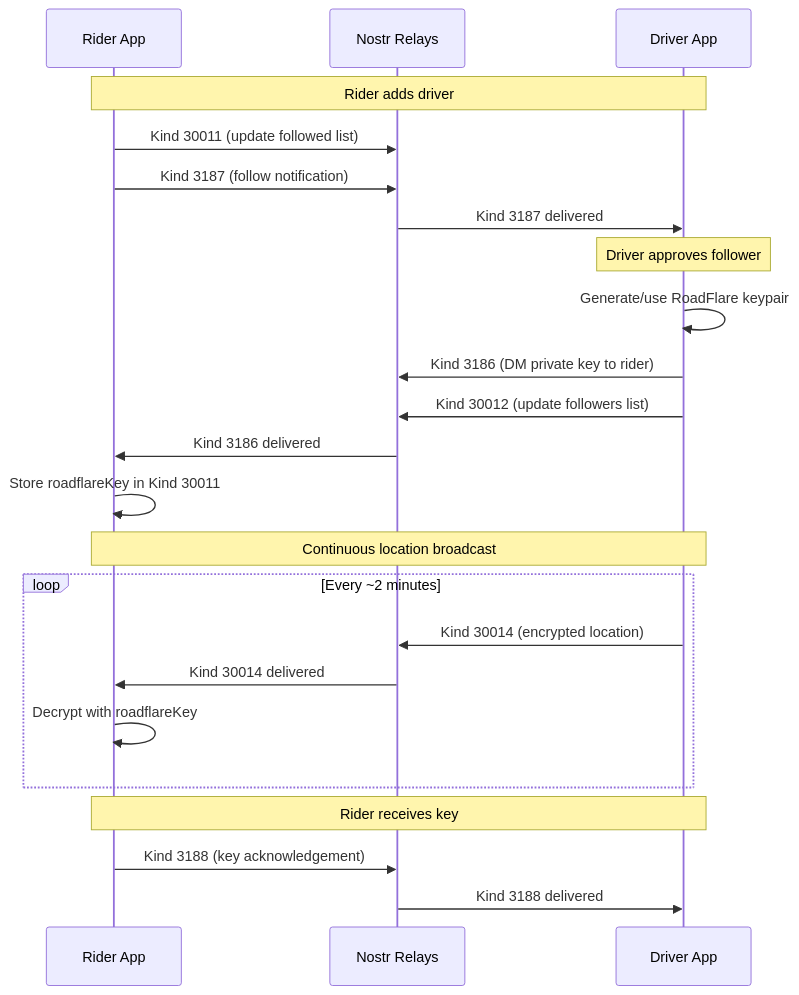
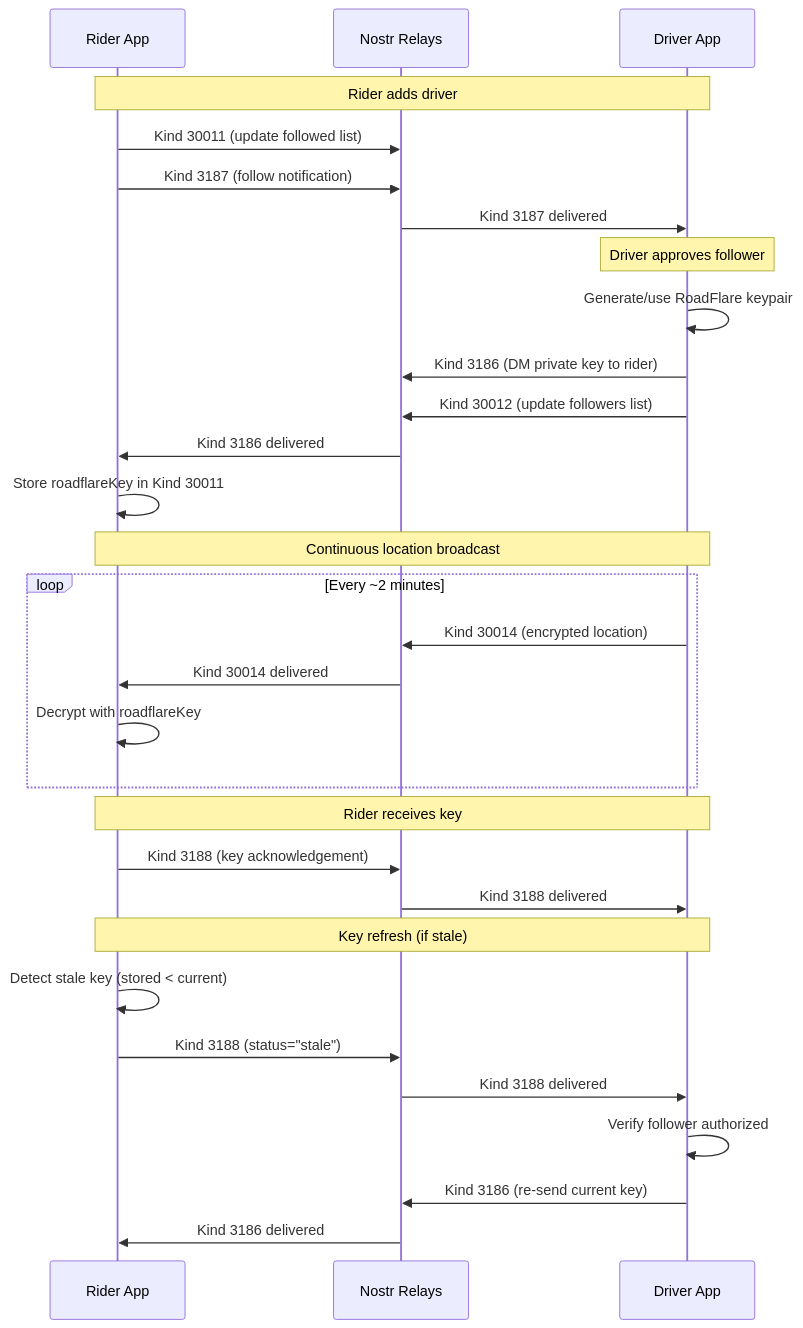
Before and after one commit to variablefate/ridestr: the seventh of 7 diagrams in docs/CONNECTIONS.md, drawn with Mermaid. The commit also changed other lines of this file and 6 other files, not shown here.

````diff
--- a/docs/CONNECTIONS.md
+++ b/docs/CONNECTIONS.md
@@ -602,30 +602,38 @@
 ```mermaid
 sequenceDiagram
     participant R as Rider App
     participant N as Nostr Relays
     participant D as Driver App
 
     Note over R,D: Rider adds driver
     R->>N: Kind 30011 (update followed list)
     R->>N: Kind 3187 (follow notification)
     N->>D: Kind 3187 delivered
 
     Note over D: Driver approves follower
     D->>D: Generate/use RoadFlare keypair
     D->>N: Kind 3186 (DM private key to rider)
     D->>N: Kind 30012 (update followers list)
 
     N->>R: Kind 3186 delivered
     R->>R: Store roadflareKey in Kind 30011
 
     Note over R,D: Continuous location broadcast
     loop Every ~2 minutes
         D->>N: Kind 30014 (encrypted location)
         N->>R: Kind 30014 delivered
         R->>R: Decrypt with roadflareKey
     end
 
     Note over R,D: Rider receives key
     R->>N: Kind 3188 (key acknowledgement)
     N->>D: Kind 3188 delivered
+
+    Note over R,D: Key refresh (if stale)
+    R->>R: Detect stale key (stored < current)
+    R->>N: Kind 3188 (status="stale")
+    N->>D: Kind 3188 delivered
+    D->>D: Verify follower authorized
+    D->>N: Kind 3186 (re-send current key)
+    N->>R: Kind 3186 delivered
 ```
````
